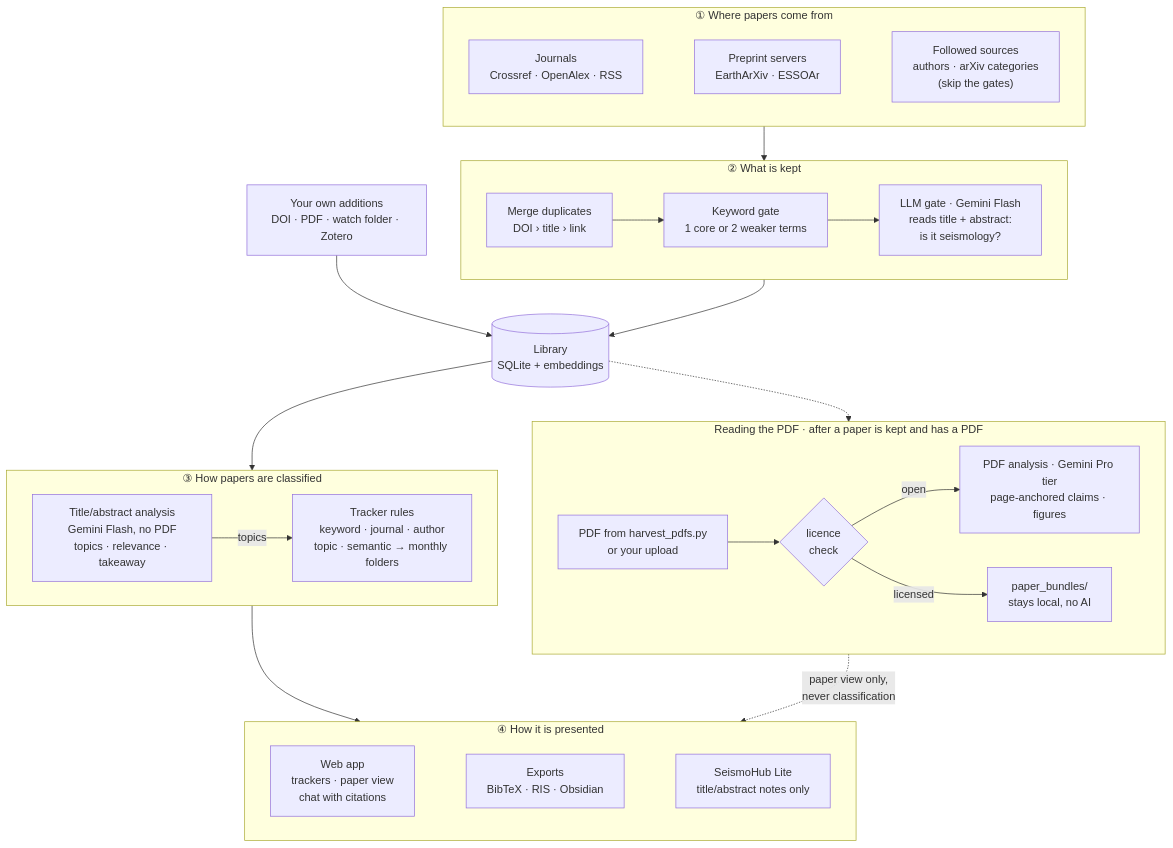
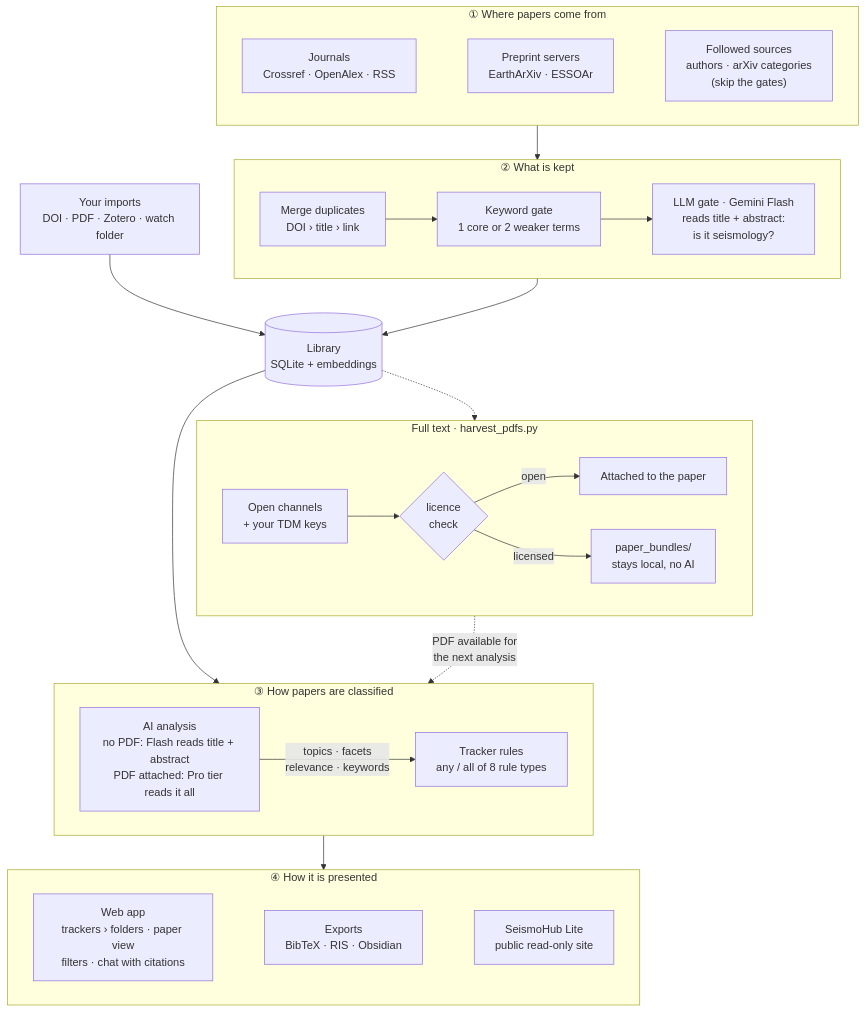
The first of 3 diagrams in README.md (WANGYuhan2002/seismohub), drawn with Mermaid before and after one commit. The commit also changed other lines of this file and 11 other files, not shown here.

First line of the commit message:
Keep the original analysis logic; document classification, folders and options

````diff
--- a/README.md
+++ b/README.md
@@ -21,40 +22,40 @@
 ```mermaid
 flowchart TB
     subgraph SRC["① Where papers come from"]
         direction LR
         J["Journals<br/>Crossref · OpenAlex · RSS"]
         PP["Preprint servers<br/>EarthArXiv · ESSOAr"]
         FO["Followed sources<br/>authors · arXiv categories<br/>(skip the gates)"]
         J ~~~ PP ~~~ FO
     end
     subgraph KEEP["② What is kept"]
         direction LR
         DD["Merge duplicates<br/>DOI › title › link"] --> KG["Keyword gate<br/>1 core or 2 weaker terms"] --> LG["LLM gate · Gemini Flash<br/>reads title + abstract:<br/>is it seismology?"]
     end
-    ME["Your own additions<br/>DOI · PDF · watch folder · Zotero"]
+    ME["Your imports<br/>DOI · PDF · Zotero · watch folder"]
     DB[("Library<br/>SQLite + embeddings")]
     subgraph CLS["③ How papers are classified"]
         direction LR
-        AI["Title/abstract analysis<br/>Gemini Flash, no PDF<br/>topics · relevance · takeaway"]
-        TR["Tracker rules<br/>keyword · journal · author<br/>topic · semantic → monthly folders"]
-        AI -->|topics| TR
-    end
-    subgraph DEEP["Reading the PDF · after a paper is kept and has a PDF"]
-        direction LR
-        HV["PDF from harvest_pdfs.py<br/>or your upload"] --> CK{"licence<br/>check"}
-        CK -->|open| PA["PDF analysis · Gemini Pro tier<br/>page-anchored claims · figures"]
-        CK -->|licensed| BND["paper_bundles/<br/>stays local, no AI"]
+        AI["AI analysis<br/>no PDF: Flash reads title + abstract<br/>PDF attached: Pro tier reads it all"]
+        TR["Tracker rules<br/>any / all of 8 rule types"]
+        AI -->|"topics · facets<br/>relevance · keywords"| TR
     end
     subgraph OUT["④ How it is presented"]
         direction LR
-        APP["Web app<br/>trackers · paper view<br/>chat with citations"]
+        APP["Web app<br/>trackers › folders · paper view<br/>filters · chat with citations"]
         EXP["Exports<br/>BibTeX · RIS · Obsidian"]
-        LITE["SeismoHub Lite<br/>title/abstract notes only"]
+        LITE["SeismoHub Lite<br/>public read-only site"]
         APP ~~~ EXP ~~~ LITE
+    end
+    subgraph FT["Full text · harvest_pdfs.py"]
+        direction LR
+        HV["Open channels<br/>+ your TDM keys"] --> CK{"licence<br/>check"}
+        CK -->|open| ATT["Attached to the paper"]
+        CK -->|licensed| BND["paper_bundles/<br/>stays local, no AI"]
     end
     SRC --> KEEP --> DB
     ME --> DB
     DB --> CLS --> OUT
-    DB -.-> DEEP
-    DEEP -.->|"paper view only,<br/>never classification"| OUT
+    DB -.-> FT
+    FT -.->|"PDF available for<br/>the next analysis"| CLS
 ```
````
